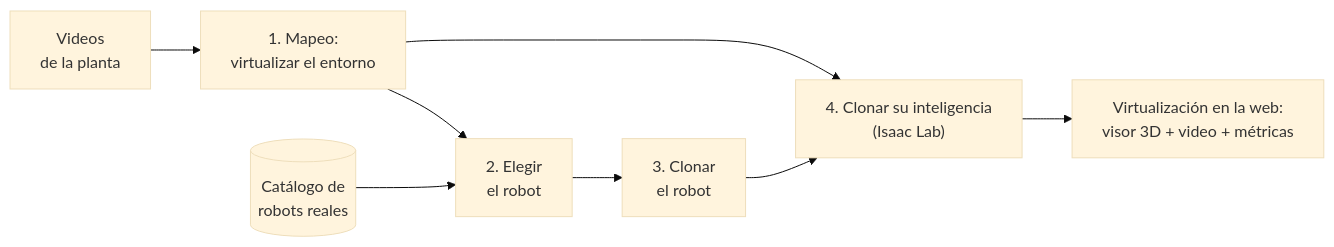
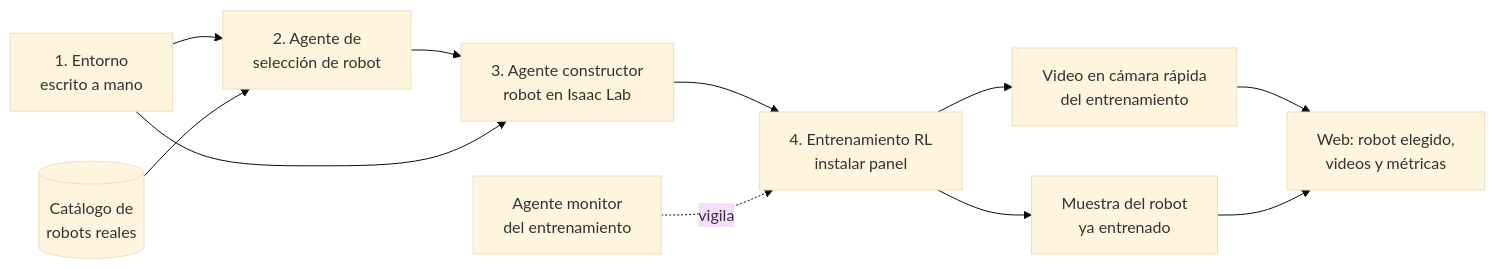
The first of 7 diagrams in docs/requerimientos.md (platanus-hack/platanus-hack-26-cl-team-4), drawn with Mermaid (base theme) before and after one commit. The commit also changed other lines of this file and 17 other files, not shown here.

````diff
--- a/docs/requerimientos.md
+++ b/docs/requerimientos.md
@@ -24,10 +30,12 @@
 ```mermaid
 flowchart LR
-  V["Videos<br/>de la planta"] --> E["1. Mapeo:<br/>virtualizar el entorno"]
-  E --> R["2. Elegir<br/>el robot"]
+  E["1. Entorno<br/>escrito a mano"] --> R["2. Agente de<br/>selección de robot"]
   CAT[("Catálogo de<br/>robots reales")] --> R
-  R --> C["3. Clonar<br/>el robot"]
-  C --> I["4. Clonar su inteligencia<br/>(Isaac Lab)"]
-  E --> I
-  I --> D["Virtualización en la web:<br/>visor 3D + video + métricas"]
+  R --> C["3. Agente constructor<br/>robot en Isaac Lab"]
+  E --> C
+  C --> L["4. Entrenamiento RL<br/>instalar panel"]
+  M["Agente monitor<br/>del entrenamiento"] -.vigila.-> L
+  L --> V1["Video en cámara rápida<br/>del entrenamiento"]
+  L --> V2["Muestra del robot<br/>ya entrenado"]
+  V1 & V2 --> W["Web: robot elegido,<br/>videos y métricas"]
 ```
````
